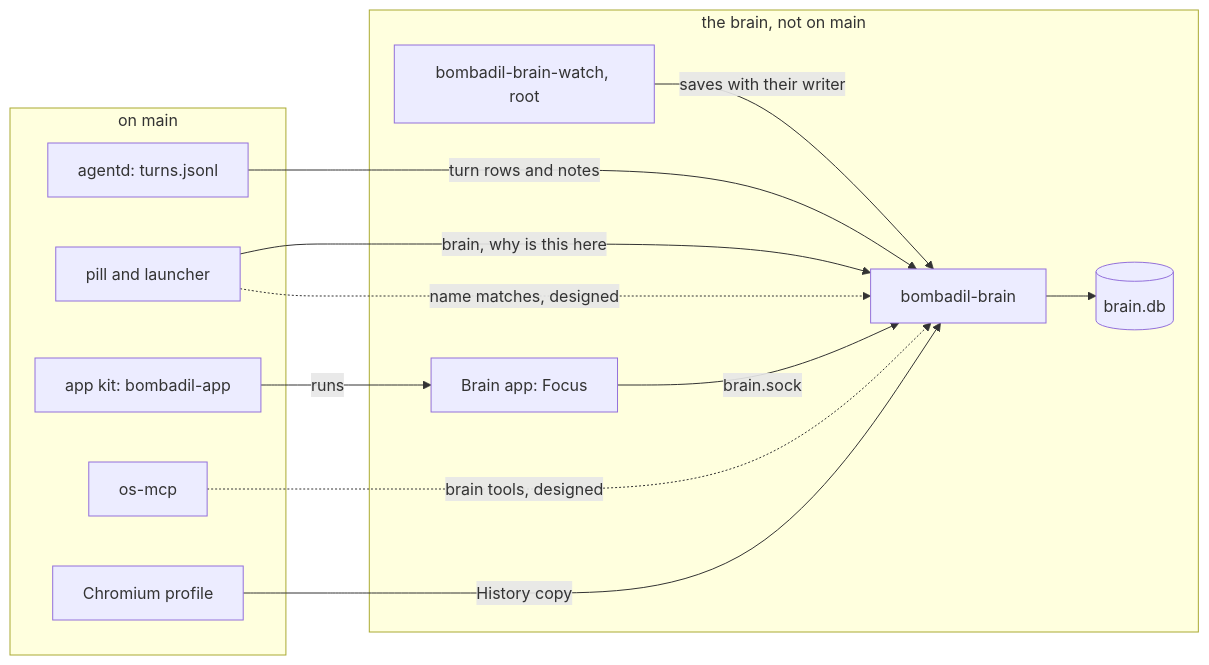
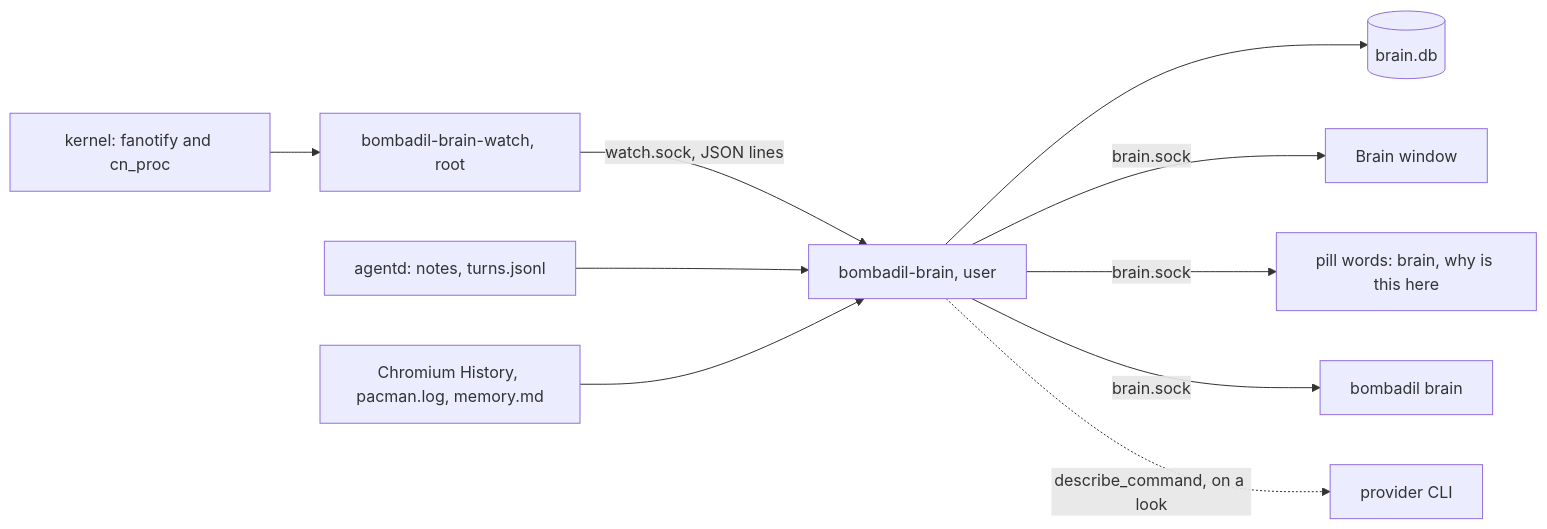
The first of 3 diagrams in docs/architecture/brain.md (thedefaultman/Bombadil), drawn with Mermaid before and after one commit. The commit also changed other lines of this file and 26 other files, not shown here.

First line of the commit message:
docs: work in progress on architecture pages, decision log, reference, security model, UX flows, forking guide

````diff
--- a/docs/architecture/brain.md
+++ b/docs/architecture/brain.md
@@ -21,25 +24,12 @@
 ```mermaid
 flowchart LR
-    subgraph onmain["on main"]
-        AGENTD["agentd: turns.jsonl"]
-        PILL["pill and launcher"]
-        KIT["app kit: bombadil-app"]
-        MCP["os-mcp"]
-        CHROMIUM["Chromium profile"]
-    end
-    subgraph brain["the brain, not on main"]
-        WATCH["bombadil-brain-watch, root"]
-        SERVICE["bombadil-brain"]
-        DB[("brain.db")]
-        APP["Brain app: Focus"]
-    end
-    WATCH -->|"saves with their writer"| SERVICE
-    AGENTD -->|"turn rows and notes"| SERVICE
-    CHROMIUM -->|"History copy"| SERVICE
-    SERVICE --> DB
-    PILL -->|"brain, why is this here"| SERVICE
-    KIT -->|"runs"| APP
-    APP -->|"brain.sock"| SERVICE
-    PILL -.->|"name matches, designed"| SERVICE
-    MCP -.->|"brain tools, designed"| SERVICE
+    KERNEL["kernel: fanotify and cn_proc"] --> WATCH["bombadil-brain-watch, root"]
+    WATCH -->|"watch.sock, JSON lines"| SERVICE["bombadil-brain, user"]
+    AGENTD["agentd: notes, turns.jsonl"] --> SERVICE
+    LOGS["Chromium History, pacman.log, memory.md"] --> SERVICE
+    SERVICE --> DB[("brain.db")]
+    SERVICE -->|"brain.sock"| WINDOW["Brain window"]
+    SERVICE -->|"brain.sock"| LAUNCHER["pill words: brain, why is this here"]
+    SERVICE -->|"brain.sock"| CLI["bombadil brain"]
+    SERVICE -.->|"describe_command, on a look"| PROVIDER["provider CLI"]
 ```
````
